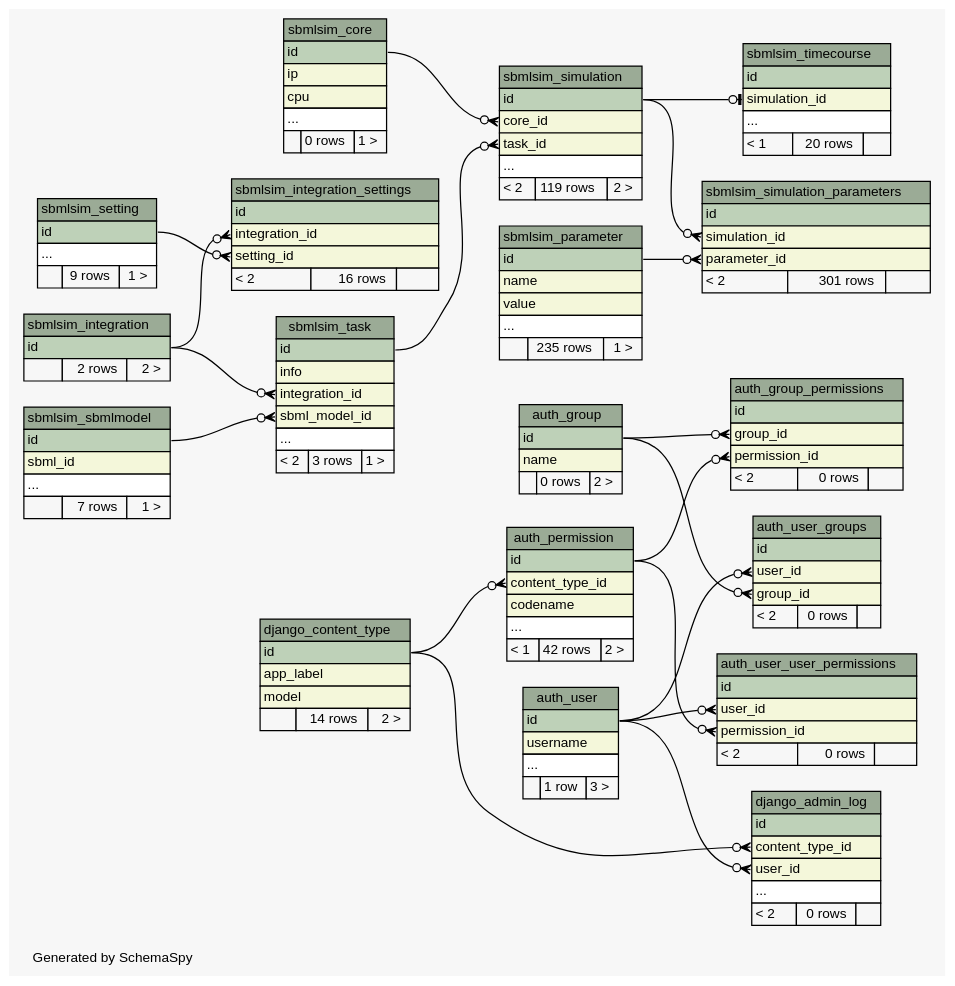
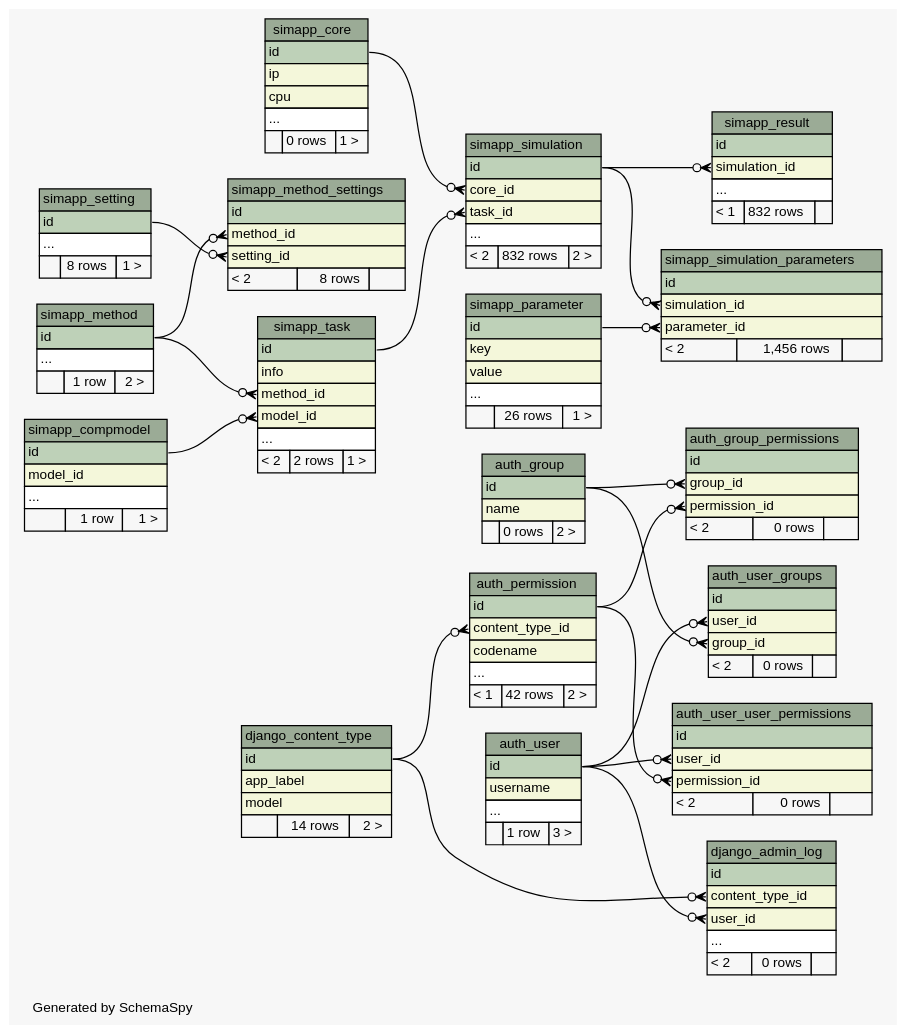
One commit to jingyayeah/multiscale-galactose changed the diagram in database/schema/diagrams/summary/relationships.real.compact.dot. Above: the diagram before and after it, drawn with Graphviz. The commit also changed 64 other files, not shown here.

Commit message:
Database schema updated

```diff
--- a/database/schema/diagrams/summary/relationships.real.compact.dot
+++ b/database/schema/diagrams/summary/relationships.real.compact.dot
@@ -116,127 +116,128 @@
     URL="tables/django_content_type.html"
     tooltip="django_content_type"
   ];
-  "sbmlsim_core" [
+  "simapp_compmodel" [
     label=<
     <TABLE BORDER="0" CELLBORDER="1" CELLSPACING="0" BGCOLOR="#ffffff">
-      <TR><TD COLSPAN="3" BGCOLOR="#9bab96" ALIGN="CENTER">sbmlsim_core</TD></TR>
+      <TR><TD COLSPAN="3" BGCOLOR="#9bab96" ALIGN="CENTER">simapp_compmodel</TD></TR>
+      <TR><TD PORT="id" COLSPAN="3" BGCOLOR="#bed1b8" ALIGN="LEFT">id</TD></TR>
+      <TR><TD PORT="model_id" COLSPAN="3" BGCOLOR="#f4f7da" ALIGN="LEFT">model_id</TD></TR>
+      <TR><TD PORT="elipses" COLSPAN="3" ALIGN="LEFT">...</TD></TR>
+      <TR><TD ALIGN="LEFT" BGCOLOR="#f7f7f7">  </TD><TD ALIGN="RIGHT" BGCOLOR="#f7f7f7">1 row</TD><TD ALIGN="RIGHT" BGCOLOR="#f7f7f7">1 &gt;</TD></TR>
+    </TABLE>>
+    URL="tables/simapp_compmodel.html"
+    tooltip="simapp_compmodel"
+  ];
+  "simapp_core" [
+    label=<
+    <TABLE BORDER="0" CELLBORDER="1" CELLSPACING="0" BGCOLOR="#ffffff">
+      <TR><TD COLSPAN="3" BGCOLOR="#9bab96" ALIGN="CENTER">simapp_core</TD></TR>
       <TR><TD PORT="id" COLSPAN="3" BGCOLOR="#bed1b8" ALIGN="LEFT">id</TD></TR>
       <TR><TD PORT="ip" COLSPAN="3" BGCOLOR="#f4f7da" ALIGN="LEFT">ip</TD></TR>
       <TR><TD PORT="cpu" COLSPAN="3" BGCOLOR="#f4f7da" ALIGN="LEFT">cpu</TD></TR>
       <TR><TD PORT="elipses" COLSPAN="3" ALIGN="LEFT">...</TD></TR>
       <TR><TD ALIGN="LEFT" BGCOLOR="#f7f7f7">  </TD><TD ALIGN="RIGHT" BGCOLOR="#f7f7f7">0 rows</TD><TD ALIGN="RIGHT" BGCOLOR="#f7f7f7">1 &gt;</TD></TR>
     </TABLE>>
-    URL="tables/sbmlsim_core.html"
-    tooltip="sbmlsim_core"
+    URL="tables/simapp_core.html"
+    tooltip="simapp_core"
   ];
-  "sbmlsim_integration" [
+  "simapp_method" [
     label=<
     <TABLE BORDER="0" CELLBORDER="1" CELLSPACING="0" BGCOLOR="#ffffff">
-      <TR><TD COLSPAN="3" BGCOLOR="#9bab96" ALIGN="CENTER">sbmlsim_integration</TD></TR>
+      <TR><TD COLSPAN="3" BGCOLOR="#9bab96" ALIGN="CENTER">simapp_method</TD></TR>
       <TR><TD PORT="id" COLSPAN="3" BGCOLOR="#bed1b8" ALIGN="LEFT">id</TD></TR>
-      <TR><TD ALIGN="LEFT" BGCOLOR="#f7f7f7">  </TD><TD ALIGN="RIGHT" BGCOLOR="#f7f7f7">2 rows</TD><TD ALIGN="RIGHT" BGCOLOR="#f7f7f7">2 &gt;</TD></TR>
+      <TR><TD PORT="elipses" COLSPAN="3" ALIGN="LEFT">...</TD></TR>
+      <TR><TD ALIGN="LEFT" BGCOLOR="#f7f7f7">  </TD><TD ALIGN="RIGHT" BGCOLOR="#f7f7f7">1 row</TD><TD ALIGN="RIGHT" BGCOLOR="#f7f7f7">2 &gt;</TD></TR>
     </TABLE>>
-    URL="tables/sbmlsim_integration.html"
-    tooltip="sbmlsim_integration"
+    URL="tables/simapp_method.html"
+    tooltip="simapp_method"
   ];
-  "sbmlsim_integration_settings" [
+  "simapp_method_settings" [
     label=<
     <TABLE BORDER="0" CELLBORDER="1" CELLSPACING="0" BGCOLOR="#ffffff">
-      <TR><TD COLSPAN="3" BGCOLOR="#9bab96" ALIGN="CENTER">sbmlsim_integration_settings</TD></TR>
+      <TR><TD COLSPAN="3" BGCOLOR="#9bab96" ALIGN="CENTER">simapp_method_settings</TD></TR>
       <TR><TD PORT="id" COLSPAN="3" BGCOLOR="#bed1b8" ALIGN="LEFT">id</TD></TR>
-      <TR><TD PORT="integration_id" COLSPAN="3" BGCOLOR="#f4f7da" ALIGN="LEFT">integration_id</TD></TR>
+      <TR><TD PORT="method_id" COLSPAN="3" BGCOLOR="#f4f7da" ALIGN="LEFT">method_id</TD></TR>
       <TR><TD PORT="setting_id" COLSPAN="3" BGCOLOR="#f4f7da" ALIGN="LEFT">setting_id</TD></TR>
-      <TR><TD ALIGN="LEFT" BGCOLOR="#f7f7f7">&lt; 2</TD><TD ALIGN="RIGHT" BGCOLOR="#f7f7f7">16 rows</TD><TD ALIGN="RIGHT" BGCOLOR="#f7f7f7">  </TD></TR>
+      <TR><TD ALIGN="LEFT" BGCOLOR="#f7f7f7">&lt; 2</TD><TD ALIGN="RIGHT" BGCOLOR="#f7f7f7">8 rows</TD><TD ALIGN="RIGHT" BGCOLOR="#f7f7f7">  </TD></TR>
     </TABLE>>
-    URL="tables/sbmlsim_integration_settings.html"
-    tooltip="sbmlsim_integration_settings"
+    URL="tables/simapp_method_settings.html"
+    tooltip="simapp_method_settings"
   ];
-  "sbmlsim_parameter" [
+  "simapp_parameter" [
     label=<
     <TABLE BORDER="0" CELLBORDER="1" CELLSPACING="0" BGCOLOR="#ffffff">
-      <TR><TD COLSPAN="3" BGCOLOR="#9bab96" ALIGN="CENTER">sbmlsim_parameter</TD></TR>
+      <TR><TD COLSPAN="3" BGCOLOR="#9bab96" ALIGN="CENTER">simapp_parameter</TD></TR>
       <TR><TD PORT="id" COLSPAN="3" BGCOLOR="#bed1b8" ALIGN="LEFT">id</TD></TR>
-      <TR><TD PORT="name" COLSPAN="3" BGCOLOR="#f4f7da" ALIGN="LEFT">name</TD></TR>
+      <TR><TD PORT="key" COLSPAN="3" BGCOLOR="#f4f7da" ALIGN="LEFT">key</TD></TR>
       <TR><TD PORT="value" COLSPAN="3" BGCOLOR="#f4f7da" ALIGN="LEFT">value</TD></TR>
       <TR><TD PORT="elipses" COLSPAN="3" ALIGN="LEFT">...</TD></TR>
-      <TR><TD ALIGN="LEFT" BGCOLOR="#f7f7f7">  </TD><TD ALIGN="RIGHT" BGCOLOR="#f7f7f7">235 rows</TD><TD ALIGN="RIGHT" BGCOLOR="#f7f7f7">1 &gt;</TD></TR>
+      <TR><TD ALIGN="LEFT" BGCOLOR="#f7f7f7">  </TD><TD ALIGN="RIGHT" BGCOLOR="#f7f7f7">26 rows</TD><TD ALIGN="RIGHT" BGCOLOR="#f7f7f7">1 &gt;</TD></TR>
     </TABLE>>
-    URL="tables/sbmlsim_parameter.html"
-    tooltip="sbmlsim_parameter"
+    URL="tables/simapp_parameter.html"
+    tooltip="simapp_parameter"
   ];
-  "sbmlsim_sbmlmodel" [
+  "simapp_result" [
     label=<
     <TABLE BORDER="0" CELLBORDER="1" CELLSPACING="0" BGCOLOR="#ffffff">
-      <TR><TD COLSPAN="3" BGCOLOR="#9bab96" ALIGN="CENTER">sbmlsim_sbmlmodel</TD></TR>
+      <TR><TD COLSPAN="3" BGCOLOR="#9bab96" ALIGN="CENTER">simapp_result</TD></TR>
       <TR><TD PORT="id" COLSPAN="3" BGCOLOR="#bed1b8" ALIGN="LEFT">id</TD></TR>
-      <TR><TD PORT="sbml_id" COLSPAN="3" BGCOLOR="#f4f7da" ALIGN="LEFT">sbml_id</TD></TR>
+      <TR><TD PORT="simulation_id" COLSPAN="3" BGCOLOR="#f4f7da" ALIGN="LEFT">simulation_id</TD></TR>
       <TR><TD PORT="elipses" COLSPAN="3" ALIGN="LEFT">...</TD></TR>
-      <TR><TD ALIGN="LEFT" BGCOLOR="#f7f7f7">  </TD><TD ALIGN="RIGHT" BGCOLOR="#f7f7f7">7 rows</TD><TD ALIGN="RIGHT" BGCOLOR="#f7f7f7">1 &gt;</TD></TR>
+      <TR><TD ALIGN="LEFT" BGCOLOR="#f7f7f7">&lt; 1</TD><TD ALIGN="RIGHT" BGCOLOR="#f7f7f7">832 rows</TD><TD ALIGN="RIGHT" BGCOLOR="#f7f7f7">  </TD></TR>
     </TABLE>>
-    URL="tables/sbmlsim_sbmlmodel.html"
-    tooltip="sbmlsim_sbmlmodel"
+    URL="tables/simapp_result.html"
+    tooltip="simapp_result"
   ];
-  "sbmlsim_setting" [
+  "simapp_setting" [
     label=<
     <TABLE BORDER="0" CELLBORDER="1" CELLSPACING="0" BGCOLOR="#ffffff">
-      <TR><TD COLSPAN="3" BGCOLOR="#9bab96" ALIGN="CENTER">sbmlsim_setting</TD></TR>
+      <TR><TD COLSPAN="3" BGCOLOR="#9bab96" ALIGN="CENTER">simapp_setting</TD></TR>
       <TR><TD PORT="id" COLSPAN="3" BGCOLOR="#bed1b8" ALIGN="LEFT">id</TD></TR>
       <TR><TD PORT="elipses" COLSPAN="3" ALIGN="LEFT">...</TD></TR>
-      <TR><TD ALIGN="LEFT" BGCOLOR="#f7f7f7">  </TD><TD ALIGN="RIGHT" BGCOLOR="#f7f7f7">9 rows</TD><TD ALIGN="RIGHT" BGCOLOR="#f7f7f7">1 &gt;</TD></TR>
+      <TR><TD ALIGN="LEFT" BGCOLOR="#f7f7f7">  </TD><TD ALIGN="RIGHT" BGCOLOR="#f7f7f7">8 rows</TD><TD ALIGN="RIGHT" BGCOLOR="#f7f7f7">1 &gt;</TD></TR>
     </TABLE>>
-    URL="tables/sbmlsim_setting.html"
-    tooltip="sbmlsim_setting"
+    URL="tables/simapp_setting.html"
+    tooltip="simapp_setting"
   ];
-  "sbmlsim_simulation" [
+  "simapp_simulation" [
     label=<
     <TABLE BORDER="0" CELLBORDER="1" CELLSPACING="0" BGCOLOR="#ffffff">
-      <TR><TD COLSPAN="3" BGCOLOR="#9bab96" ALIGN="CENTER">sbmlsim_simulation</TD></TR>
+      <TR><TD COLSPAN="3" BGCOLOR="#9bab96" ALIGN="CENTER">simapp_simulation</TD></TR>
       <TR><TD PORT="id" COLSPAN="3" BGCOLOR="#bed1b8" ALIGN="LEFT">id</TD></TR>
       <TR><TD PORT="core_id" COLSPAN="3" BGCOLOR="#f4f7da" ALIGN="LEFT">core_id</TD></TR>
       <TR><TD PORT="task_id" COLSPAN="3" BGCOLOR="#f4f7da" ALIGN="LEFT">task_id</TD></TR>
       <TR><TD PORT="elipses" COLSPAN="3" ALIGN="LEFT">...</TD></TR>
-      <TR><TD ALIGN="LEFT" BGCOLOR="#f7f7f7">&lt; 2</TD><TD ALIGN="RIGHT" BGCOLOR="#f7f7f7">119 rows</TD><TD ALIGN="RIGHT" BGCOLOR="#f7f7f7">2 &gt;</TD></TR>
+      <TR><TD ALIGN="LEFT" BGCOLOR="#f7f7f7">&lt; 2</TD><TD ALIGN="RIGHT" BGCOLOR="#f7f7f7">832 rows</TD><TD ALIGN="RIGHT" BGCOLOR="#f7f7f7">2 &gt;</TD></TR>
     </TABLE>>
-    URL="tables/sbmlsim_simulation.html"
-    tooltip="sbmlsim_simulation"
+    URL="tables/simapp_simulation.html"
+    tooltip="simapp_simulation"
   ];
-  "sbmlsim_simulation_parameters" [
+  "simapp_simulation_parameters" [
     label=<
     <TABLE BORDER="0" CELLBORDER="1" CELLSPACING="0" BGCOLOR="#ffffff">
-      <TR><TD COLSPAN="3" BGCOLOR="#9bab96" ALIGN="CENTER">sbmlsim_simulation_parameters</TD></TR>
+      <TR><TD COLSPAN="3" BGCOLOR="#9bab96" ALIGN="CENTER">simapp_simulation_parameters</TD></TR>
       <TR><TD PORT="id" COLSPAN="3" BGCOLOR="#bed1b8" ALIGN="LEFT">id</TD></TR>
       <TR><TD PORT="simulation_id" COLSPAN="3" BGCOLOR="#f4f7da" ALIGN="LEFT">simulation_id</TD></TR>
       <TR><TD PORT="parameter_id" COLSPAN="3" BGCOLOR="#f4f7da" ALIGN="LEFT">parameter_id</TD></TR>
-      <TR><TD ALIGN="LEFT" BGCOLOR="#f7f7f7">&lt; 2</TD><TD ALIGN="RIGHT" BGCOLOR="#f7f7f7">301 rows</TD><TD ALIGN="RIGHT" BGCOLOR="#f7f7f7">  </TD></TR>
+      <TR><TD ALIGN="LEFT" BGCOLOR="#f7f7f7">&lt; 2</TD><TD ALIGN="RIGHT" BGCOLOR="#f7f7f7">1,456 rows</TD><TD ALIGN="RIGHT" BGCOLOR="#f7f7f7">  </TD></TR>
     </TABLE>>
-    URL="tables/sbmlsim_simulation_parameters.html"
-    tooltip="sbmlsim_simulation_parameters"
+    URL="tables/simapp_simulation_parameters.html"
+    tooltip="simapp_simulation_parameters"
   ];
-  "sbmlsim_task" [
+  "simapp_task" [
     label=<
     <TABLE BORDER="0" CELLBORDER="1" CELLSPACING="0" BGCOLOR="#ffffff">
-      <TR><TD COLSPAN="3" BGCOLOR="#9bab96" ALIGN="CENTER">sbmlsim_task</TD></TR>
+      <TR><TD COLSPAN="3" BGCOLOR="#9bab96" ALIGN="CENTER">simapp_task</TD></TR>
       <TR><TD PORT="id" COLSPAN="3" BGCOLOR="#bed1b8" ALIGN="LEFT">id</TD></TR>
       <TR><TD PORT="info" COLSPAN="3" BGCOLOR="#f4f7da" ALIGN="LEFT">info</TD></TR>
-      <TR><TD PORT="integration_id" COLSPAN="3" BGCOLOR="#f4f7da" ALIGN="LEFT">integration_id</TD></TR>
-      <TR><TD PORT="sbml_model_id" COLSPAN="3" BGCOLOR="#f4f7da" ALIGN="LEFT">sbml_model_id</TD></TR>
+      <TR><TD PORT="method_id" COLSPAN="3" BGCOLOR="#f4f7da" ALIGN="LEFT">method_id</TD></TR>
+      <TR><TD PORT="model_id" COLSPAN="3" BGCOLOR="#f4f7da" ALIGN="LEFT">model_id</TD></TR>
       <TR><TD PORT="elipses" COLSPAN="3" ALIGN="LEFT">...</TD></TR>
-      <TR><TD ALIGN="LEFT" BGCOLOR="#f7f7f7">&lt; 2</TD><TD ALIGN="RIGHT" BGCOLOR="#f7f7f7">3 rows</TD><TD ALIGN="RIGHT" BGCOLOR="#f7f7f7">1 &gt;</TD></TR>
+      <TR><TD ALIGN="LEFT" BGCOLOR="#f7f7f7">&lt; 2</TD><TD ALIGN="RIGHT" BGCOLOR="#f7f7f7">2 rows</TD><TD ALIGN="RIGHT" BGCOLOR="#f7f7f7">1 &gt;</TD></TR>
     </TABLE>>
-    URL="tables/sbmlsim_task.html"
-    tooltip="sbmlsim_task"
-  ];
-  "sbmlsim_timecourse" [
-    label=<
-    <TABLE BORDER="0" CELLBORDER="1" CELLSPACING="0" BGCOLOR="#ffffff">
-      <TR><TD COLSPAN="3" BGCOLOR="#9bab96" ALIGN="CENTER">sbmlsim_timecourse</TD></TR>
-      <TR><TD PORT="id" COLSPAN="3" BGCOLOR="#bed1b8" ALIGN="LEFT">id</TD></TR>
-      <TR><TD PORT="simulation_id" COLSPAN="3" BGCOLOR="#f4f7da" ALIGN="LEFT">simulation_id</TD></TR>
-      <TR><TD PORT="elipses" COLSPAN="3" ALIGN="LEFT">...</TD></TR>
-      <TR><TD ALIGN="LEFT" BGCOLOR="#f7f7f7">&lt; 1</TD><TD ALIGN="RIGHT" BGCOLOR="#f7f7f7">20 rows</TD><TD ALIGN="RIGHT" BGCOLOR="#f7f7f7">  </TD></TR>
-    </TABLE>>
-    URL="tables/sbmlsim_timecourse.html"
-    tooltip="sbmlsim_timecourse"
+    URL="tables/simapp_task.html"
+    tooltip="simapp_task"
   ];
   "auth_group_permissions":"group_id":w -> "auth_group":"id":e [arrowhead=none dir=back arrowtail=crowodot];
   "auth_group_permissions":"permission_id":w -> "auth_permission":"id":e [arrowhead=none dir=back arrowtail=crowodot];
@@ -247,13 +248,13 @@
   "auth_user_user_permissions":"user_id":w -> "auth_user":"id":e [arrowhead=none dir=back arrowtail=crowodot];
   "django_admin_log":"content_type_id":w -> "django_content_type":"id":e [arrowhead=none dir=back arrowtail=crowodot];
   "django_admin_log":"user_id":w -> "auth_user":"id":e [arrowhead=none dir=back arrowtail=crowodot];
-  "sbmlsim_integration_settings":"integration_id":w -> "sbmlsim_integration":"id":e [arrowhead=none dir=back arrowtail=crowodot];
-  "sbmlsim_integration_settings":"setting_id":w -> "sbmlsim_setting":"id":e [arrowhead=none dir=back arrowtail=crowodot];
-  "sbmlsim_simulation":"core_id":w -> "sbmlsim_core":"id":e [arrowhead=none dir=back arrowtail=crowodot];
-  "sbmlsim_simulation":"task_id":w -> "sbmlsim_task":"id":e [arrowhead=none dir=back arrowtail=crowodot];
-  "sbmlsim_simulation_parameters":"parameter_id":w -> "sbmlsim_parameter":"id":e [arrowhead=none dir=back arrowtail=crowodot];
-  "sbmlsim_simulation_parameters":"simulation_id":w -> "sbmlsim_simulation":"id":e [arrowhead=none dir=back arrowtail=crowodot];
-  "sbmlsim_task":"integration_id":w -> "sbmlsim_integration":"id":e [arrowhead=none dir=back arrowtail=crowodot];
-  "sbmlsim_task":"sbml_model_id":w -> "sbmlsim_sbmlmodel":"id":e [arrowhead=none dir=back arrowtail=crowodot];
-  "sbmlsim_timecourse":"simulation_id":w -> "sbmlsim_simulation":"id":e [arrowhead=none dir=back arrowtail=teeodot];
+  "simapp_method_settings":"method_id":w -> "simapp_method":"id":e [arrowhead=none dir=back arrowtail=crowodot];
+  "simapp_method_settings":"setting_id":w -> "simapp_setting":"id":e [arrowhead=none dir=back arrowtail=crowodot];
+  "simapp_result":"simulation_id":w -> "simapp_simulation":"id":e [arrowhead=none dir=back arrowtail=crowodot];
+  "simapp_simulation":"core_id":w -> "simapp_core":"id":e [arrowhead=none dir=back arrowtail=crowodot];
+  "simapp_simulation":"task_id":w -> "simapp_task":"id":e [arrowhead=none dir=back arrowtail=crowodot];
+  "simapp_simulation_parameters":"parameter_id":w -> "simapp_parameter":"id":e [arrowhead=none dir=back arrowtail=crowodot];
+  "simapp_simulation_parameters":"simulation_id":w -> "simapp_simulation":"id":e [arrowhead=none dir=back arrowtail=crowodot];
+  "simapp_task":"method_id":w -> "simapp_method":"id":e [arrowhead=none dir=back arrowtail=crowodot];
+  "simapp_task":"model_id":w -> "simapp_compmodel":"id":e [arrowhead=none dir=back arrowtail=crowodot];
 }
```
